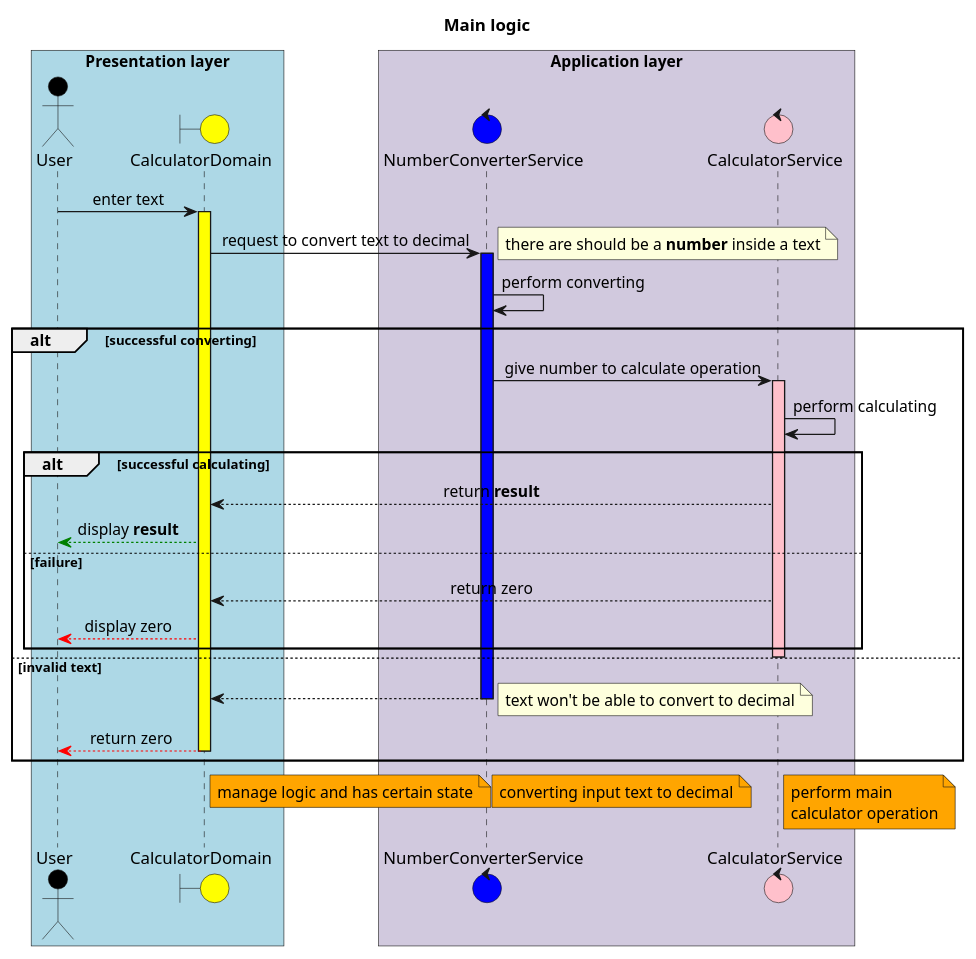
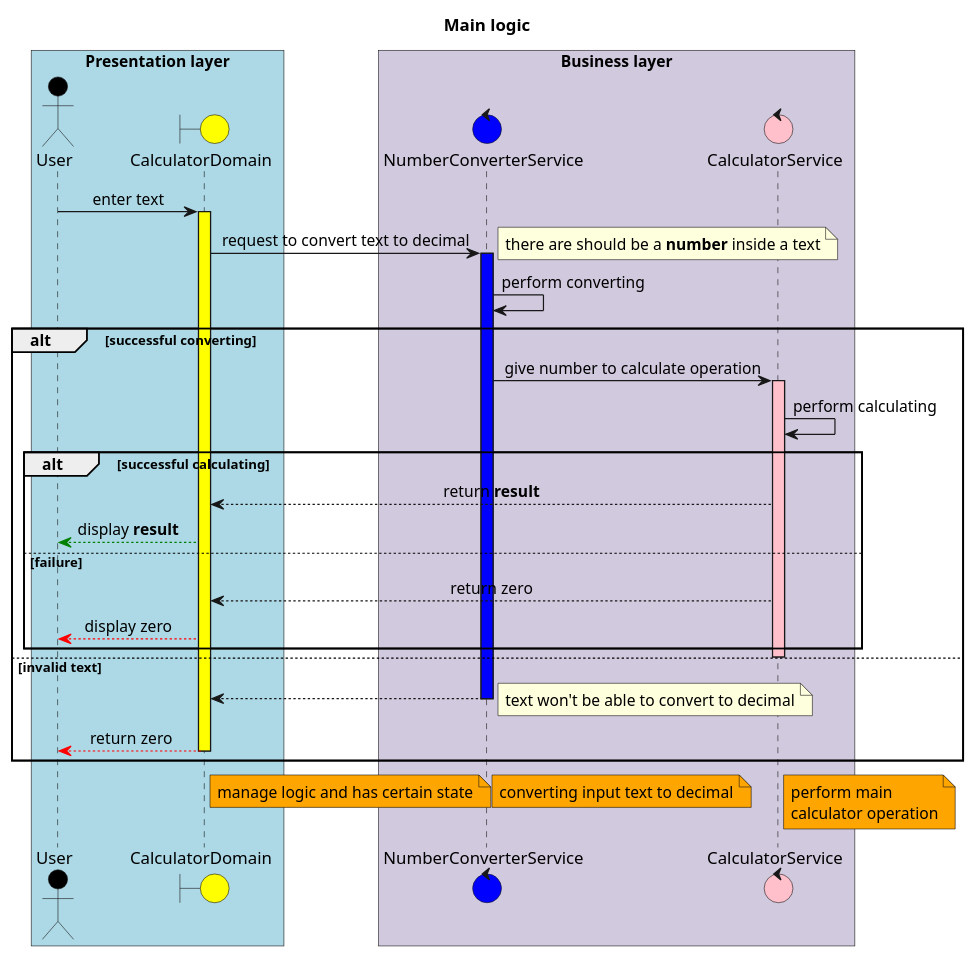
Before and after one commit to tarasChernysh/Calculator-TCA: the diagram in structure.puml, drawn with PlantUML. The commit also changed 1 other file, not shown here.

```diff
--- a/structure.puml
+++ b/structure.puml
@@ -1,61 +1,61 @@
 @startuml
 
 title Main logic
 
 skinparam sequenceMessageAlign center
 skinparam responseMessageBelowArrow true
 skinparam BoxPadding 20
 
 box "Presentation layer" #LightBlue
 actor User as user #black
 boundary CalculatorDomain as domain #yellow
 end box
 
-box "Application layer" #D1C9DE
+box "Business layer" #D1C9DE
 control NumberConverterService as converter #blue
 control CalculatorService as service #pink
 end box
 
 user -> domain: enter text
 activate domain #yellow
 
 domain -> converter: request to convert text to decimal
 activate converter #blue
 note right
 there are should be a **number** inside a text
 end note
 
 converter -> converter: perform converting
 
 alt successful converting
   converter -> service: give number to calculate operation
   activate service #pink
 
   service -> service: perform calculating
 
   alt successful calculating
     service --> domain: return **result**
     domain -[#green]-> user: display **result**
 
   else failure
     service --> domain: return zero
     domain -[#red]-> user: display zero
   end
   deactivate service
 
 else invalid text
   converter --> domain
   note right
   text won't be able to convert to decimal
   end note
   deactivate converter
   domain -[#red]-> user: return zero
   deactivate domain
 end
 
 
 
 note right of service #orange: perform main \ncalculator operation
 / note right of converter #orange: converting input text to decimal
 / note right of domain #orange: manage logic and has certain state
 @enduml
```
